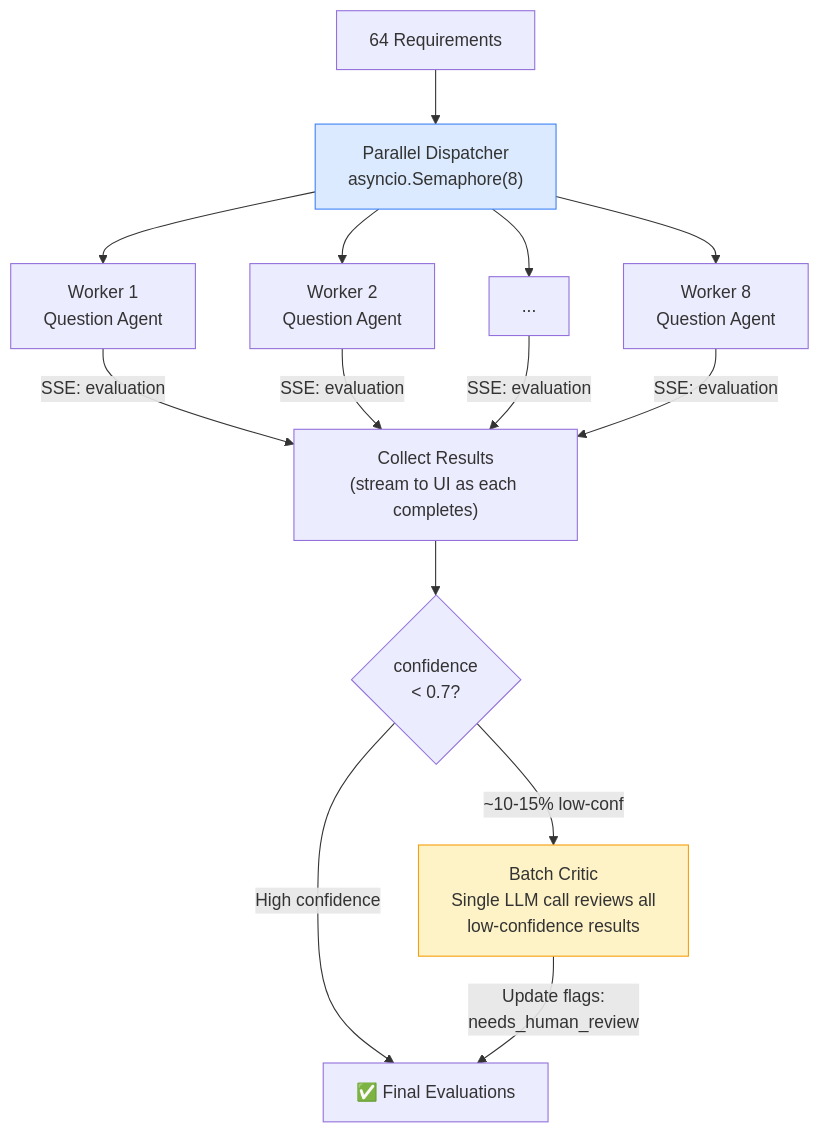
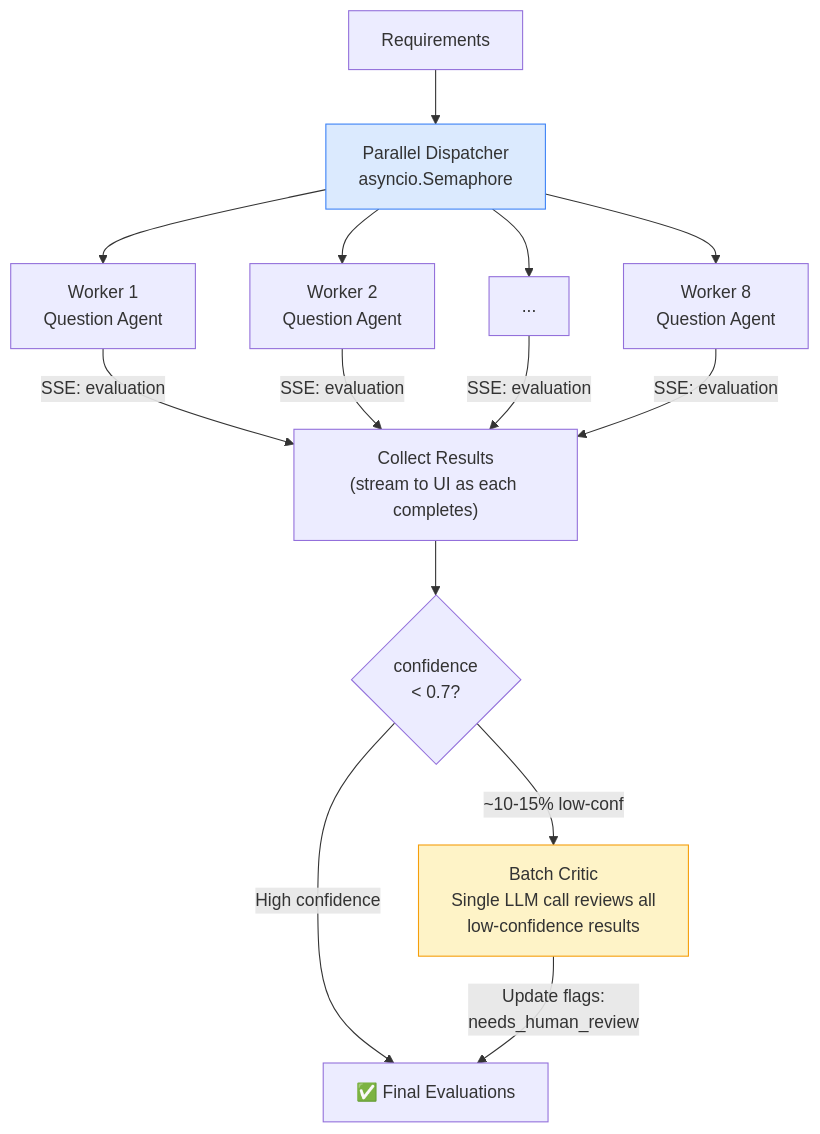
One commit to yuguang/readily changed the fourth of 6 diagrams in README.md. Above: the diagram before and after it, drawn with Mermaid. The commit also changed other lines of this file and 3 other files, not shown here.

````diff
--- a/README.md
+++ b/README.md
@@ -68,19 +66,19 @@
 ```mermaid
 flowchart TD
-    Reqs["64 Requirements"] --> Dispatch["Parallel Dispatcher\nasyncio.Semaphore(8)"]
+    Reqs["Requirements"] --> Dispatch["Parallel Dispatcher\nasyncio.Semaphore"]
     Dispatch --> W1["Worker 1\nQuestion Agent"]
     Dispatch --> W2["Worker 2\nQuestion Agent"]
     Dispatch --> W3["..."]
     Dispatch --> W8["Worker 8\nQuestion Agent"]
     W1 -->|"SSE: evaluation"| Collect["Collect Results\n(stream to UI as each completes)"]
     W2 -->|"SSE: evaluation"| Collect
     W3 -->|"SSE: evaluation"| Collect
     W8 -->|"SSE: evaluation"| Collect
     Collect --> Filter{"confidence\n< 0.7?"}
     Filter -->|"~10-15% low-conf"| Critic["Batch Critic\nSingle LLM call reviews all\nlow-confidence results"]
     Filter -->|"High confidence"| Done["✅ Final Evaluations"]
     Critic -->|"Update flags:\nneeds_human_review"| Done
 
     style Dispatch fill:#dbeafe,stroke:#3b82f6
     style Critic fill:#fef3c7,stroke:#f59e0b
 ```
````
